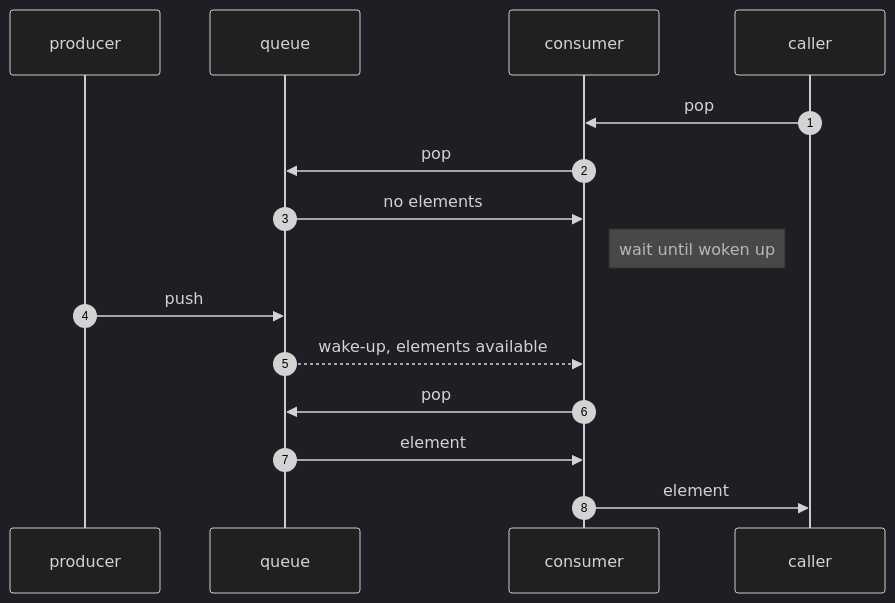
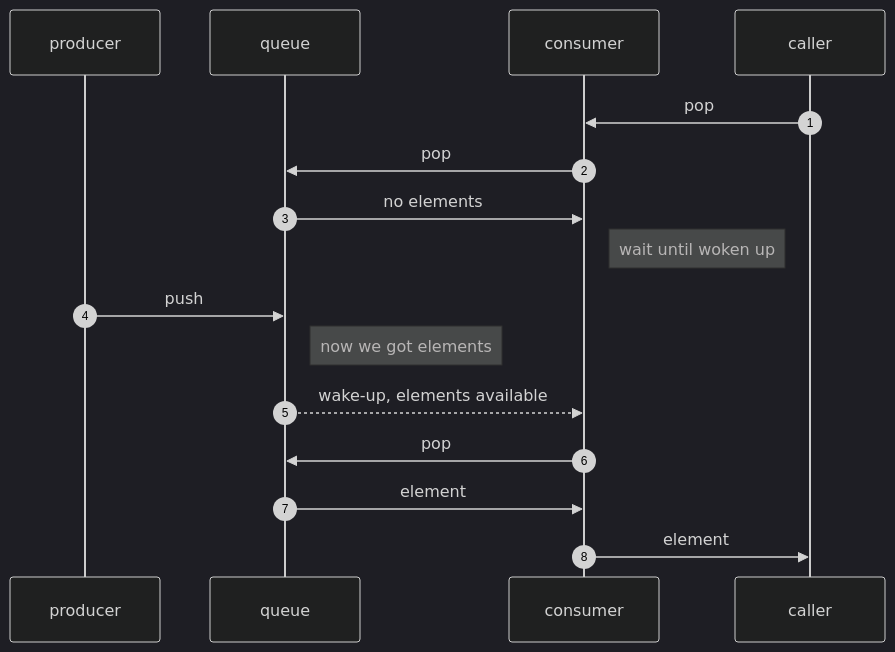
Before and after one commit to pepmartinez/keuss: the fourth of 4 diagrams in docusaurus/blog/2023-03-30-queues-on-mongo.md, drawn with Mermaid (dark theme). The commit also changed other lines of this file, not shown here.

````diff
--- a/docusaurus/blog/2023-03-30-queues-on-mongo.md
+++ b/docusaurus/blog/2023-03-30-queues-on-mongo.md
@@ -219,17 +219,18 @@
   ```mermaid
   sequenceDiagram
     autonumber
     participant producer
     participant queue
     participant consumer
     participant caller
     caller->>consumer: pop
     consumer->>queue: pop
     queue->>consumer: no elements
     note right of consumer: wait until woken up
     producer->>queue: push
+    note right of queue: now we got elements
     queue-->>consumer: wake-up, elements available 
     consumer->>queue: pop
     queue->>consumer: element
     consumer->> caller: element
-  ```
+  ``` 
````
